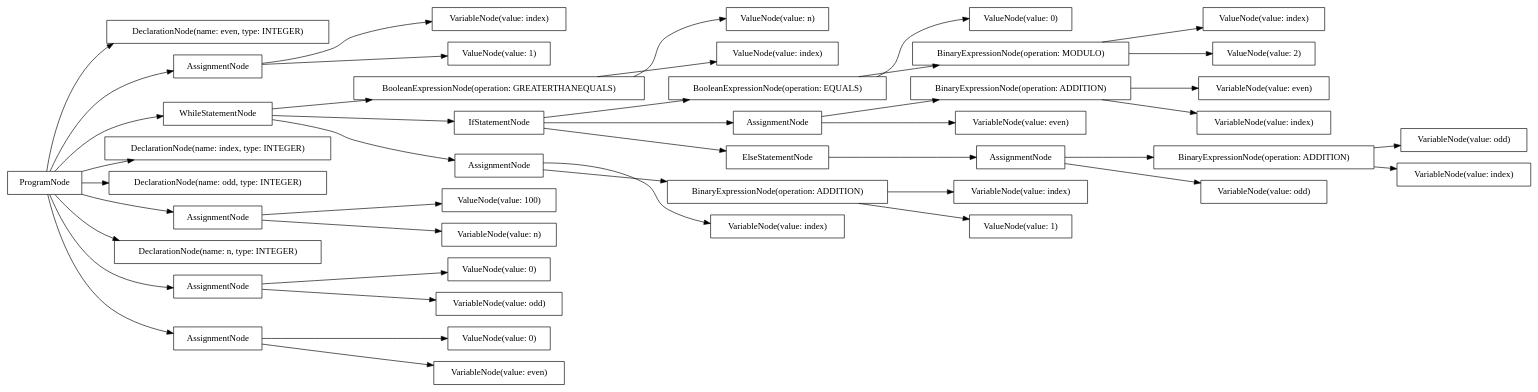
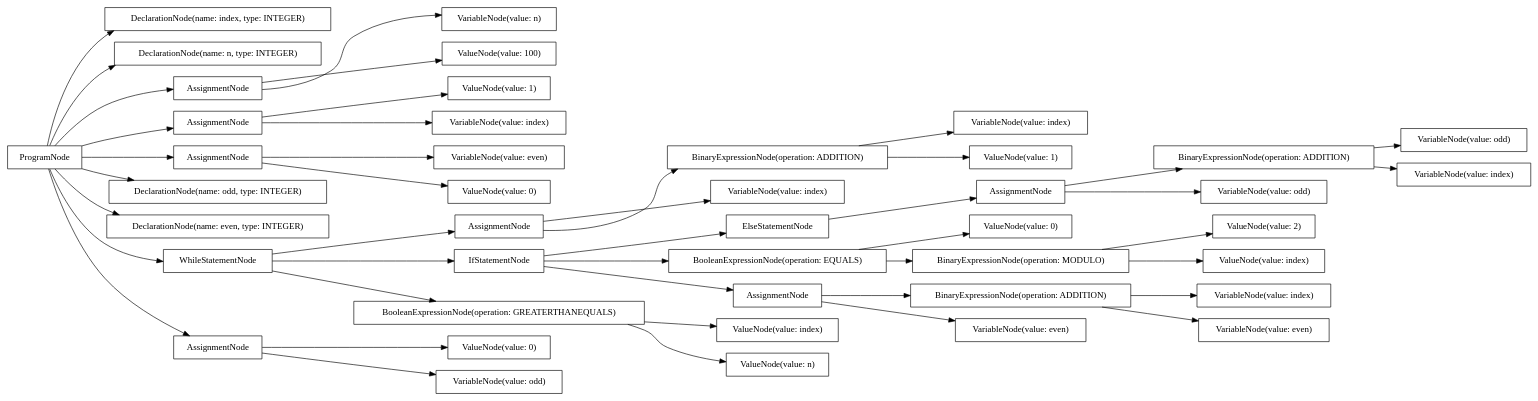
The diagram in src/output/dot/odd_even.dot (AtLeastITry/ANTLR-Python-Compiler), drawn with Graphviz before and after one commit. The commit also changed 9 other files, not shown here.

```diff
--- a/src/output/dot/odd_even.dot
+++ b/src/output/dot/odd_even.dot
@@ -1,88 +1,88 @@
 digraph G {
 rankdir=LR
-"4c57b4df-326e-4cd7-820c-1e643ffe2a67" [label="VariableNode(value: odd)" shape="box"];
-"a7191009-eff2-4182-8580-98ceb84ed6e9" [label="BooleanExpressionNode(operation: EQUALS)" shape="box"];
-"4784a760-ae09-4403-9334-53fe5d4dcba5" [label="DeclarationNode(name: even, type: INTEGER)" shape="box"];
-"7416888f-fe71-4914-be12-e1e2711b6bdb" [label="AssignmentNode" shape="box"];
-"5c3884c2-6198-4063-929b-43479aaba366" [label="ValueNode(value: n)" shape="box"];
-"0a4173cb-d114-4ba4-9be2-5a454a6cb621" [label="VariableNode(value: index)" shape="box"];
-"eacdc6ce-39d1-4e20-968e-d72b1dc73380" [label="BinaryExpressionNode(operation: ADDITION)" shape="box"];
-"9c5e7c5a-9cc1-41c4-b7ed-b1a472508b09" [label="WhileStatementNode" shape="box"];
-"44ab101c-16f2-43a1-a6cd-f4d742bc2113" [label="AssignmentNode" shape="box"];
-"4627e310-d9fc-422b-8892-a060235416d4" [label="DeclarationNode(name: index, type: INTEGER)" shape="box"];
-"f388f356-5c25-40d2-b964-d24ebc10c4c0" [label="ValueNode(value: 100)" shape="box"];
-"b0437c37-3dd2-4a47-8261-56c5abb346af" [label="VariableNode(value: index)" shape="box"];
-"070a199b-e4cc-4df8-8565-d0befe659606" [label="DeclarationNode(name: odd, type: INTEGER)" shape="box"];
-"475af098-3b2b-4b8a-8929-6302721c09cb" [label="AssignmentNode" shape="box"];
-"acafc8b5-73ed-4620-84aa-8c6254c84288" [label="VariableNode(value: index)" shape="box"];
-"0fa95914-8344-4cbf-8864-b6785a2f9f6a" [label="AssignmentNode" shape="box"];
-"097c37f7-39d3-4519-ae33-7161dcd0f361" [label="VariableNode(value: index)" shape="box"];
-"6037abf2-194e-4e65-85a9-2137e35a4e0e" [label="ValueNode(value: 0)" shape="box"];
-"439c27d3-afe4-4d31-abb2-b2e0d5358c19" [label="ValueNode(value: 0)" shape="box"];
-"5af60ac5-2847-4858-a245-18867bffb3b4" [label="BinaryExpressionNode(operation: ADDITION)" shape="box"];
-"388fa258-0f8c-4d0e-be79-9da54bd8cd37" [label="VariableNode(value: n)" shape="box"];
-"c5d7845d-bbd0-4558-95b6-88fcc6d02f3e" [label="VariableNode(value: even)" shape="box"];
-"ac1d4eaa-0ba9-4a32-ad24-c6df499986a8" [label="BinaryExpressionNode(operation: ADDITION)" shape="box"];
-"dea878ef-55dd-4843-bd36-ef3fd2de0f29" [label="BooleanExpressionNode(operation: GREATERTHANEQUALS)" shape="box"];
-"50e18e8b-b9c1-4f3d-9bf7-7a5e21cffed8" [label="VariableNode(value: even)" shape="box"];
-"2ba3e4ff-0174-41e6-a3c8-135df12efadc" [label="VariableNode(value: even)" shape="box"];
-"13ef65dc-58fb-48f9-9662-022f1d564ec1" [label="ValueNode(value: 0)" shape="box"];
-"aa3da402-b01c-4351-94a8-431141e08a80" [label="ElseStatementNode" shape="box"];
-"eaab4a57-0596-449a-a137-8141a1beb154" [label="ProgramNode" shape="box"];
-"e3e05a2a-a0a4-4d74-83ca-fe54c35a51b0" [label="ValueNode(value: index)" shape="box"];
-"af40e1d6-597d-4e27-b227-a2d602b7aeba" [label="DeclarationNode(name: n, type: INTEGER)" shape="box"];
-"d5c8d700-0904-4be0-a0ab-85dbd919f8f4" [label="VariableNode(value: index)" shape="box"];
-"33e6a0c6-286f-41da-be3d-264ac80cea1d" [label="BinaryExpressionNode(operation: MODULO)" shape="box"];
-"6ffa7376-1ded-44cc-bcee-e77b7ad68a5b" [label="ValueNode(value: 1)" shape="box"];
-"3caae2ab-e24a-43d1-97d4-b0047a7fd943" [label="ValueNode(value: 1)" shape="box"];
-"eca58f09-24b6-44eb-95d8-414787e34fb4" [label="ValueNode(value: index)" shape="box"];
-"a72c80d9-e187-4c73-b8e4-ea705926d949" [label="AssignmentNode" shape="box"];
-"925e6eb6-4993-4028-aaea-0e3738e43c90" [label="VariableNode(value: odd)" shape="box"];
-"dfb76f2b-d8f0-4544-a681-69200ea9a35b" [label="VariableNode(value: odd)" shape="box"];
-"6fcbf325-0bb7-4080-a61e-aff968de539c" [label="IfStatementNode" shape="box"];
-"5f3f0d69-c0ea-4c6f-854b-521073cf76bb" [label="AssignmentNode" shape="box"];
-"a7fc60ce-e2cc-4002-822f-e33b45e936be" [label="AssignmentNode" shape="box"];
-"06614770-04d8-42af-a63a-55f0b9db34c8" [label="ValueNode(value: 2)" shape="box"];
-"eaab4a57-0596-449a-a137-8141a1beb154" -> "af40e1d6-597d-4e27-b227-a2d602b7aeba";
-"eaab4a57-0596-449a-a137-8141a1beb154" -> "070a199b-e4cc-4df8-8565-d0befe659606";
-"eaab4a57-0596-449a-a137-8141a1beb154" -> "4784a760-ae09-4403-9334-53fe5d4dcba5";
-"eaab4a57-0596-449a-a137-8141a1beb154" -> "4627e310-d9fc-422b-8892-a060235416d4";
-"eaab4a57-0596-449a-a137-8141a1beb154" -> "475af098-3b2b-4b8a-8929-6302721c09cb";
-"475af098-3b2b-4b8a-8929-6302721c09cb" -> "388fa258-0f8c-4d0e-be79-9da54bd8cd37";
-"475af098-3b2b-4b8a-8929-6302721c09cb" -> "f388f356-5c25-40d2-b964-d24ebc10c4c0";
-"eaab4a57-0596-449a-a137-8141a1beb154" -> "a72c80d9-e187-4c73-b8e4-ea705926d949";
-"a72c80d9-e187-4c73-b8e4-ea705926d949" -> "dfb76f2b-d8f0-4544-a681-69200ea9a35b";
-"a72c80d9-e187-4c73-b8e4-ea705926d949" -> "13ef65dc-58fb-48f9-9662-022f1d564ec1";
-"eaab4a57-0596-449a-a137-8141a1beb154" -> "a7fc60ce-e2cc-4002-822f-e33b45e936be";
-"a7fc60ce-e2cc-4002-822f-e33b45e936be" -> "50e18e8b-b9c1-4f3d-9bf7-7a5e21cffed8";
-"a7fc60ce-e2cc-4002-822f-e33b45e936be" -> "6037abf2-194e-4e65-85a9-2137e35a4e0e";
-"eaab4a57-0596-449a-a137-8141a1beb154" -> "7416888f-fe71-4914-be12-e1e2711b6bdb";
-"7416888f-fe71-4914-be12-e1e2711b6bdb" -> "acafc8b5-73ed-4620-84aa-8c6254c84288";
-"7416888f-fe71-4914-be12-e1e2711b6bdb" -> "6ffa7376-1ded-44cc-bcee-e77b7ad68a5b";
-"eaab4a57-0596-449a-a137-8141a1beb154" -> "9c5e7c5a-9cc1-41c4-b7ed-b1a472508b09";
-"9c5e7c5a-9cc1-41c4-b7ed-b1a472508b09" -> "dea878ef-55dd-4843-bd36-ef3fd2de0f29";
-"dea878ef-55dd-4843-bd36-ef3fd2de0f29" -> "e3e05a2a-a0a4-4d74-83ca-fe54c35a51b0";
-"dea878ef-55dd-4843-bd36-ef3fd2de0f29" -> "5c3884c2-6198-4063-929b-43479aaba366";
-"9c5e7c5a-9cc1-41c4-b7ed-b1a472508b09" -> "6fcbf325-0bb7-4080-a61e-aff968de539c";
-"6fcbf325-0bb7-4080-a61e-aff968de539c" -> "a7191009-eff2-4182-8580-98ceb84ed6e9";
-"a7191009-eff2-4182-8580-98ceb84ed6e9" -> "33e6a0c6-286f-41da-be3d-264ac80cea1d";
-"33e6a0c6-286f-41da-be3d-264ac80cea1d" -> "eca58f09-24b6-44eb-95d8-414787e34fb4";
-"33e6a0c6-286f-41da-be3d-264ac80cea1d" -> "06614770-04d8-42af-a63a-55f0b9db34c8";
-"a7191009-eff2-4182-8580-98ceb84ed6e9" -> "439c27d3-afe4-4d31-abb2-b2e0d5358c19";
-"6fcbf325-0bb7-4080-a61e-aff968de539c" -> "44ab101c-16f2-43a1-a6cd-f4d742bc2113";
-"44ab101c-16f2-43a1-a6cd-f4d742bc2113" -> "2ba3e4ff-0174-41e6-a3c8-135df12efadc";
-"44ab101c-16f2-43a1-a6cd-f4d742bc2113" -> "5af60ac5-2847-4858-a245-18867bffb3b4";
-"5af60ac5-2847-4858-a245-18867bffb3b4" -> "c5d7845d-bbd0-4558-95b6-88fcc6d02f3e";
-"5af60ac5-2847-4858-a245-18867bffb3b4" -> "d5c8d700-0904-4be0-a0ab-85dbd919f8f4";
-"6fcbf325-0bb7-4080-a61e-aff968de539c" -> "aa3da402-b01c-4351-94a8-431141e08a80";
-"aa3da402-b01c-4351-94a8-431141e08a80" -> "0fa95914-8344-4cbf-8864-b6785a2f9f6a";
-"0fa95914-8344-4cbf-8864-b6785a2f9f6a" -> "925e6eb6-4993-4028-aaea-0e3738e43c90";
-"0fa95914-8344-4cbf-8864-b6785a2f9f6a" -> "ac1d4eaa-0ba9-4a32-ad24-c6df499986a8";
-"ac1d4eaa-0ba9-4a32-ad24-c6df499986a8" -> "4c57b4df-326e-4cd7-820c-1e643ffe2a67";
-"ac1d4eaa-0ba9-4a32-ad24-c6df499986a8" -> "0a4173cb-d114-4ba4-9be2-5a454a6cb621";
-"9c5e7c5a-9cc1-41c4-b7ed-b1a472508b09" -> "5f3f0d69-c0ea-4c6f-854b-521073cf76bb";
-"5f3f0d69-c0ea-4c6f-854b-521073cf76bb" -> "b0437c37-3dd2-4a47-8261-56c5abb346af";
-"5f3f0d69-c0ea-4c6f-854b-521073cf76bb" -> "eacdc6ce-39d1-4e20-968e-d72b1dc73380";
-"eacdc6ce-39d1-4e20-968e-d72b1dc73380" -> "097c37f7-39d3-4519-ae33-7161dcd0f361";
-"eacdc6ce-39d1-4e20-968e-d72b1dc73380" -> "3caae2ab-e24a-43d1-97d4-b0047a7fd943";
+"6bd327df-9aef-4895-8537-c4cd72a3b96f" [label="AssignmentNode" shape="box"];
+"f52a6a36-8cd0-43fd-a2dc-745e9ed8102a" [label="DeclarationNode(name: index, type: INTEGER)" shape="box"];
+"f5707abc-7e2b-4bf5-b90c-7b00d27c7fa6" [label="DeclarationNode(name: n, type: INTEGER)" shape="box"];
+"deca4773-483e-4242-8ce8-a2b66e0a9e17" [label="ValueNode(value: 0)" shape="box"];
+"eb5e360c-8a58-4721-9b32-16c213083915" [label="IfStatementNode" shape="box"];
+"181e95c6-879f-45ce-a08d-7285b7f174b7" [label="ValueNode(value: index)" shape="box"];
+"4f5f16ee-5fc8-4592-8f6e-25b383a74a16" [label="ValueNode(value: 2)" shape="box"];
+"642381c4-9bc3-48b6-80ee-9c7c9bd9ee11" [label="BinaryExpressionNode(operation: ADDITION)" shape="box"];
+"9c0ed1a6-9af1-4d3c-b78c-1a9d2f281316" [label="ValueNode(value: 0)" shape="box"];
+"1b7ce3a6-3c6a-4919-9a59-8a91298effe1" [label="VariableNode(value: even)" shape="box"];
+"907bf36b-c8ac-4e67-9a7a-b1690be37025" [label="ValueNode(value: n)" shape="box"];
+"63c26f57-55b6-4fe8-b641-28923c04da53" [label="AssignmentNode" shape="box"];
+"9cad695f-353c-49af-b71b-efd88cefd19c" [label="VariableNode(value: odd)" shape="box"];
+"360fa4ca-23ff-474b-b0bf-5eb0edcd9160" [label="BinaryExpressionNode(operation: ADDITION)" shape="box"];
+"ef75b760-836b-4ba6-9152-2656c1062f89" [label="BinaryExpressionNode(operation: ADDITION)" shape="box"];
+"8123f8a1-669c-4a97-a71b-8b3239616b95" [label="VariableNode(value: index)" shape="box"];
+"0156d363-673b-49c5-a1b5-420e6acc14ea" [label="VariableNode(value: odd)" shape="box"];
+"d9380dbe-0212-4005-89e5-0812536ce71c" [label="VariableNode(value: even)" shape="box"];
+"a6f4a28e-8994-4b6d-b03e-79d225ac2815" [label="VariableNode(value: even)" shape="box"];
+"359f18e0-4b3e-4700-b4bb-0f80182b5286" [label="AssignmentNode" shape="box"];
+"13f0bfcc-05ab-4ffa-804c-378aa5a8855b" [label="ValueNode(value: 1)" shape="box"];
+"8604a609-be1f-48b5-b866-529c48945cd1" [label="VariableNode(value: index)" shape="box"];
+"70c4199c-f19e-4b51-bd0f-1f093f512359" [label="VariableNode(value: odd)" shape="box"];
+"0b039b70-6031-471d-916b-5f4d79894fea" [label="VariableNode(value: index)" shape="box"];
+"1d643e80-705b-4b38-95e0-10911f11083c" [label="ElseStatementNode" shape="box"];
+"efc159b7-b18a-4c66-a5a0-4d5b3fa11b1c" [label="VariableNode(value: n)" shape="box"];
+"75df4424-afb7-4f26-ab61-259915b673fa" [label="ProgramNode" shape="box"];
+"c52c340a-5d8c-4bdc-b4b6-1473d8108b3c" [label="AssignmentNode" shape="box"];
+"91f8f533-da98-44e9-a408-9cb235ad078f" [label="BooleanExpressionNode(operation: EQUALS)" shape="box"];
+"0ce3bd92-be1e-4828-89ff-b8e64d0c56b6" [label="VariableNode(value: index)" shape="box"];
+"46f987be-02e8-4ab5-8d58-aaa6f789c508" [label="ValueNode(value: 1)" shape="box"];
+"658b9f66-4510-4765-9410-1352d158fae5" [label="VariableNode(value: index)" shape="box"];
+"bcd2cdec-7a55-46c7-b9e1-eec12eb07294" [label="ValueNode(value: 0)" shape="box"];
+"5a3497d8-a853-4366-9276-d6afdabc4116" [label="BooleanExpressionNode(operation: GREATERTHANEQUALS)" shape="box"];
+"6fd9a9cd-8471-4ac5-aa08-fc0425a5e57b" [label="AssignmentNode" shape="box"];
+"30131b25-10cc-4ffc-8e1a-ea33509e4402" [label="AssignmentNode" shape="box"];
+"3451bb26-0580-4116-914b-f01bdf1cc25e" [label="BinaryExpressionNode(operation: MODULO)" shape="box"];
+"319b85f4-8323-4fe1-9ff9-0fb200dfe0cc" [label="DeclarationNode(name: odd, type: INTEGER)" shape="box"];
+"3d0bd983-4c42-49a6-94bd-fad7db8e4dfe" [label="ValueNode(value: 100)" shape="box"];
+"c8d4bc95-08b8-4db0-b471-8114b259ef02" [label="ValueNode(value: index)" shape="box"];
+"8bc6dca6-7223-4603-b156-44a70e1a8ed7" [label="DeclarationNode(name: even, type: INTEGER)" shape="box"];
+"5f9ed74d-092c-47ac-9181-e189a7319496" [label="WhileStatementNode" shape="box"];
+"e86ae48f-1284-4e14-9551-a31b79443405" [label="AssignmentNode" shape="box"];
+"75df4424-afb7-4f26-ab61-259915b673fa" -> "f5707abc-7e2b-4bf5-b90c-7b00d27c7fa6";
+"75df4424-afb7-4f26-ab61-259915b673fa" -> "319b85f4-8323-4fe1-9ff9-0fb200dfe0cc";
+"75df4424-afb7-4f26-ab61-259915b673fa" -> "8bc6dca6-7223-4603-b156-44a70e1a8ed7";
+"75df4424-afb7-4f26-ab61-259915b673fa" -> "f52a6a36-8cd0-43fd-a2dc-745e9ed8102a";
+"75df4424-afb7-4f26-ab61-259915b673fa" -> "63c26f57-55b6-4fe8-b641-28923c04da53";
+"63c26f57-55b6-4fe8-b641-28923c04da53" -> "efc159b7-b18a-4c66-a5a0-4d5b3fa11b1c";
+"63c26f57-55b6-4fe8-b641-28923c04da53" -> "3d0bd983-4c42-49a6-94bd-fad7db8e4dfe";
+"75df4424-afb7-4f26-ab61-259915b673fa" -> "e86ae48f-1284-4e14-9551-a31b79443405";
+"e86ae48f-1284-4e14-9551-a31b79443405" -> "0156d363-673b-49c5-a1b5-420e6acc14ea";
+"e86ae48f-1284-4e14-9551-a31b79443405" -> "deca4773-483e-4242-8ce8-a2b66e0a9e17";
+"75df4424-afb7-4f26-ab61-259915b673fa" -> "30131b25-10cc-4ffc-8e1a-ea33509e4402";
+"30131b25-10cc-4ffc-8e1a-ea33509e4402" -> "1b7ce3a6-3c6a-4919-9a59-8a91298effe1";
+"30131b25-10cc-4ffc-8e1a-ea33509e4402" -> "bcd2cdec-7a55-46c7-b9e1-eec12eb07294";
+"75df4424-afb7-4f26-ab61-259915b673fa" -> "359f18e0-4b3e-4700-b4bb-0f80182b5286";
+"359f18e0-4b3e-4700-b4bb-0f80182b5286" -> "0b039b70-6031-471d-916b-5f4d79894fea";
+"359f18e0-4b3e-4700-b4bb-0f80182b5286" -> "13f0bfcc-05ab-4ffa-804c-378aa5a8855b";
+"75df4424-afb7-4f26-ab61-259915b673fa" -> "5f9ed74d-092c-47ac-9181-e189a7319496";
+"5f9ed74d-092c-47ac-9181-e189a7319496" -> "5a3497d8-a853-4366-9276-d6afdabc4116";
+"5a3497d8-a853-4366-9276-d6afdabc4116" -> "181e95c6-879f-45ce-a08d-7285b7f174b7";
+"5a3497d8-a853-4366-9276-d6afdabc4116" -> "907bf36b-c8ac-4e67-9a7a-b1690be37025";
+"5f9ed74d-092c-47ac-9181-e189a7319496" -> "eb5e360c-8a58-4721-9b32-16c213083915";
+"eb5e360c-8a58-4721-9b32-16c213083915" -> "91f8f533-da98-44e9-a408-9cb235ad078f";
+"91f8f533-da98-44e9-a408-9cb235ad078f" -> "3451bb26-0580-4116-914b-f01bdf1cc25e";
+"3451bb26-0580-4116-914b-f01bdf1cc25e" -> "c8d4bc95-08b8-4db0-b471-8114b259ef02";
+"3451bb26-0580-4116-914b-f01bdf1cc25e" -> "4f5f16ee-5fc8-4592-8f6e-25b383a74a16";
+"91f8f533-da98-44e9-a408-9cb235ad078f" -> "9c0ed1a6-9af1-4d3c-b78c-1a9d2f281316";
+"eb5e360c-8a58-4721-9b32-16c213083915" -> "6fd9a9cd-8471-4ac5-aa08-fc0425a5e57b";
+"6fd9a9cd-8471-4ac5-aa08-fc0425a5e57b" -> "d9380dbe-0212-4005-89e5-0812536ce71c";
+"6fd9a9cd-8471-4ac5-aa08-fc0425a5e57b" -> "360fa4ca-23ff-474b-b0bf-5eb0edcd9160";
+"360fa4ca-23ff-474b-b0bf-5eb0edcd9160" -> "a6f4a28e-8994-4b6d-b03e-79d225ac2815";
+"360fa4ca-23ff-474b-b0bf-5eb0edcd9160" -> "8123f8a1-669c-4a97-a71b-8b3239616b95";
+"eb5e360c-8a58-4721-9b32-16c213083915" -> "1d643e80-705b-4b38-95e0-10911f11083c";
+"1d643e80-705b-4b38-95e0-10911f11083c" -> "c52c340a-5d8c-4bdc-b4b6-1473d8108b3c";
+"c52c340a-5d8c-4bdc-b4b6-1473d8108b3c" -> "9cad695f-353c-49af-b71b-efd88cefd19c";
+"c52c340a-5d8c-4bdc-b4b6-1473d8108b3c" -> "642381c4-9bc3-48b6-80ee-9c7c9bd9ee11";
+"642381c4-9bc3-48b6-80ee-9c7c9bd9ee11" -> "70c4199c-f19e-4b51-bd0f-1f093f512359";
+"642381c4-9bc3-48b6-80ee-9c7c9bd9ee11" -> "658b9f66-4510-4765-9410-1352d158fae5";
+"5f9ed74d-092c-47ac-9181-e189a7319496" -> "6bd327df-9aef-4895-8537-c4cd72a3b96f";
+"6bd327df-9aef-4895-8537-c4cd72a3b96f" -> "8604a609-be1f-48b5-b866-529c48945cd1";
+"6bd327df-9aef-4895-8537-c4cd72a3b96f" -> "ef75b760-836b-4ba6-9152-2656c1062f89";
+"ef75b760-836b-4ba6-9152-2656c1062f89" -> "0ce3bd92-be1e-4828-89ff-b8e64d0c56b6";
+"ef75b760-836b-4ba6-9152-2656c1062f89" -> "46f987be-02e8-4ab5-8d58-aaa6f789c508";
 }
```
